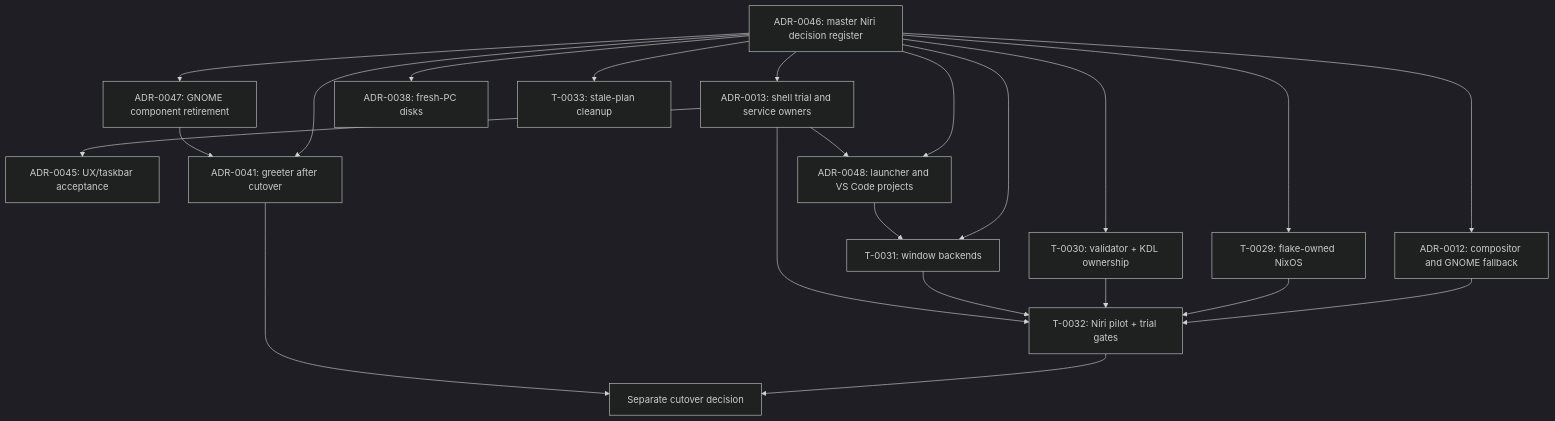
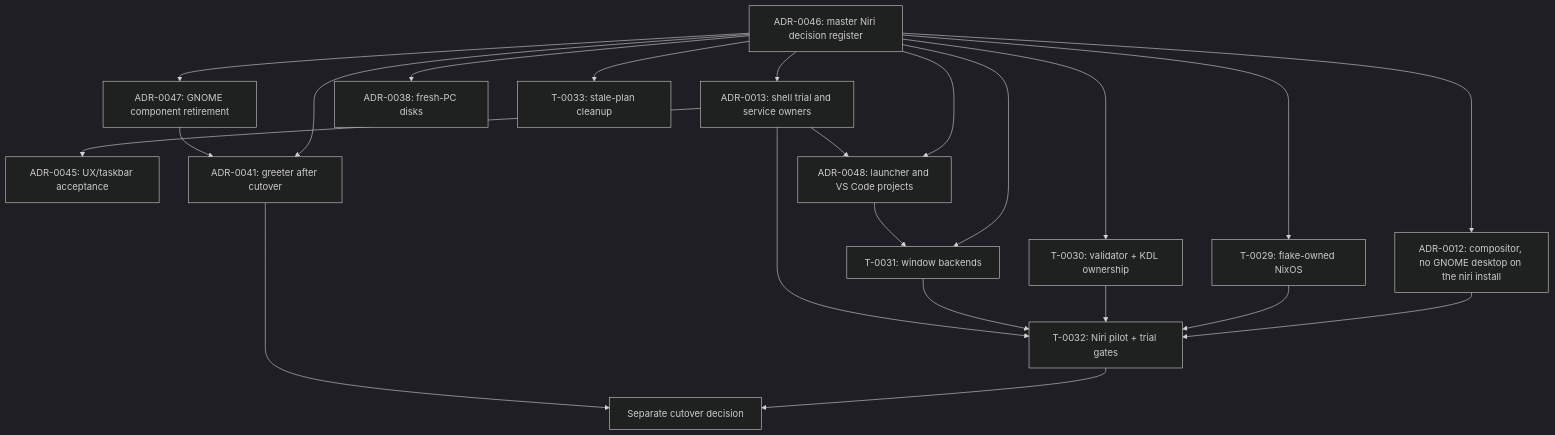
Before and after one commit to UtmostCreator/app-configs: the diagram in docs/architecture/decisions/0046-niri-desktop-installation-decision-register.md, drawn with Mermaid (dark theme). The commit also changed other lines of this file and 27 other files, not shown here.

First line of the commit message:
docs(niri): plan a GNOME-free linux-niri install on the laptop

````diff
--- a/docs/architecture/decisions/0046-niri-desktop-installation-decision-register.md
+++ b/docs/architecture/decisions/0046-niri-desktop-installation-decision-register.md
@@ -208,37 +212,37 @@
 ```mermaid
 flowchart TD
   M["ADR-0046: master Niri decision register"]
-  A12["ADR-0012: compositor and GNOME fallback"]
+  A12["ADR-0012: compositor, no GNOME desktop on the niri install"]
   A13["ADR-0013: shell trial and service owners"]
   A45["ADR-0045: UX/taskbar acceptance"]
   A47["ADR-0047: GNOME component retirement"]
   A48["ADR-0048: launcher and VS Code projects"]
   A41["ADR-0041: greeter after cutover"]
   A38["ADR-0038: fresh-PC disks"]
   T29["T-0029: flake-owned NixOS"]
   T30["T-0030: validator + KDL ownership"]
   T31["T-0031: window backends"]
   T32["T-0032: Niri pilot + trial gates"]
   T33["T-0033: stale-plan cleanup"]
   M --> A12
   M --> A13
   M --> A47
   M --> A48
   M --> A41
   M --> A38
   M --> T29
   M --> T30
   M --> T31
   M --> T33
   A13 --> A45
   A13 --> A48
   A47 --> A41
   A48 --> T31
   A12 --> T32
   T29 --> T32
   T30 --> T32
   T31 --> T32
   A13 --> T32
   T32 --> CUT["Separate cutover decision"]
   A41 --> CUT
 ```
````
